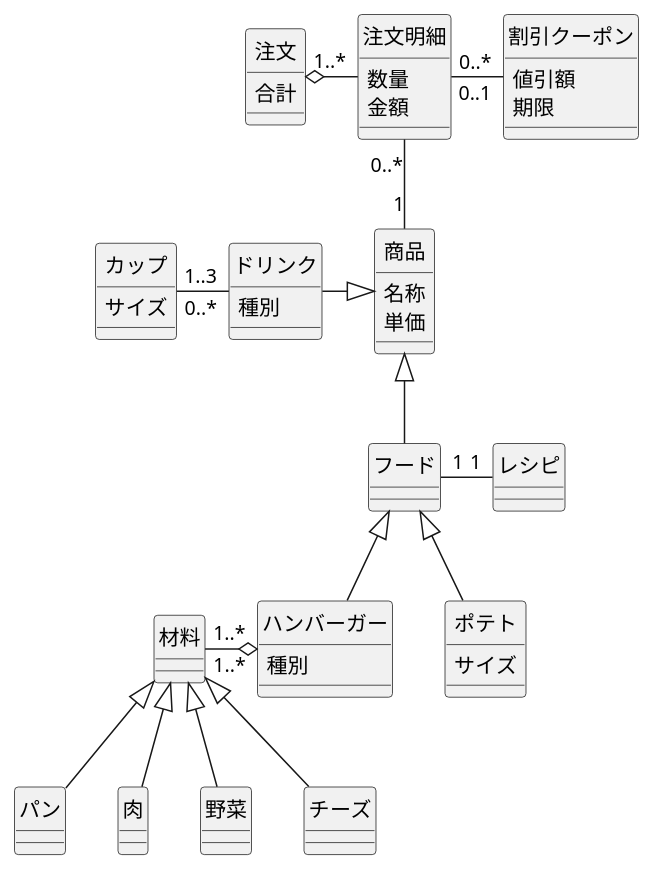
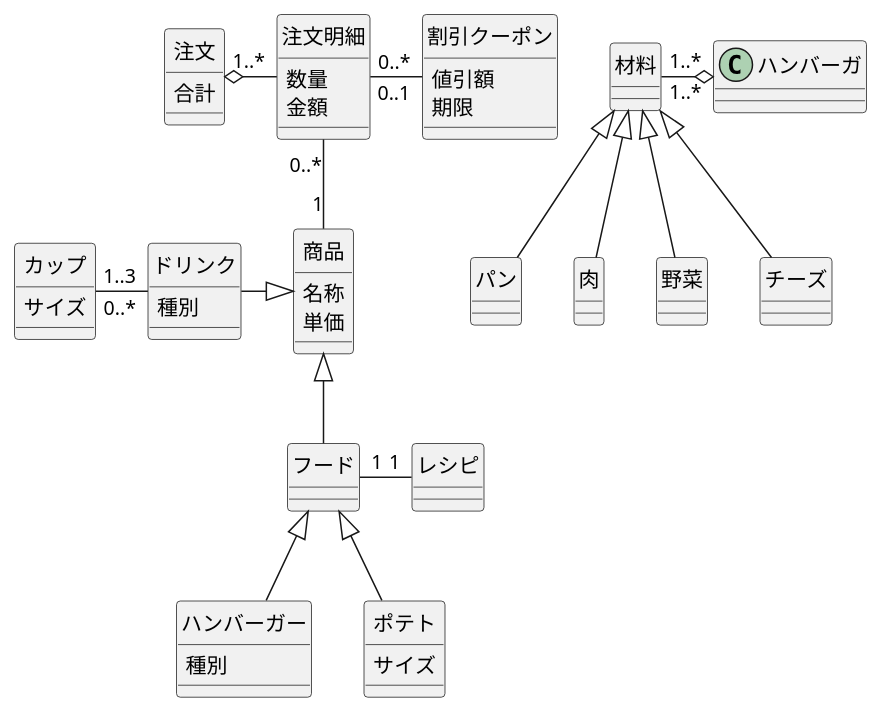
Before and after one commit to Tomok1w/uml-introduction: the diagram in 演習7-4-1_CL_ハンバーガーショップ.pu, drawn with PlantUML.

```diff
--- a/演習7-4-1_CL_ハンバーガーショップ.pu
+++ b/演習7-4-1_CL_ハンバーガーショップ.pu
@@ -1,86 +1,86 @@
 @startuml 演習７－４－１
 
 class 注文 {
     合計
 }
 class 注文明細 {
     数量
     金額
 }
 class 割引クーポン {
     値引額
     期限
 }
 class 商品 {
     名称
     単価
 }
 class カップ {
     サイズ
 }
 class ドリンク {
     種別
 }
 class フード {
     
 }
 class レシピ {
 
 }
 class 材料 {
     
 }
 class ハンバーガー {
     種別
     
 }
 class ポテト {
     サイズ
 }
 class パン {
 
 }
 class 肉 {
 
 }
 class 野菜 {
 
 }
 class チーズ {
 
 }
 
 注文 "1..*" o-right- 注文明細
 割引クーポン "0..1" -left- "0..*" 注文明細 
 注文明細 "0..*" -down- "1" 商品
 ドリンク -right-|> 商品
 カップ "1..3" -right- "0..*" ドリンク
 商品 <|-down- フード
 レシピ "1" -left- "1" フード
 フード <|-down- ハンバーガー
 フード <|-down- ポテト
-材料 "1..*" -right-o "1..*" ハンバーガー
+材料 "1..*" -right-o "1..*" ハンバーガ
 材料 <|-down- パン
 材料 <|-down- 肉
 材料 <|-down- 野菜
 材料 <|-down- チーズ
 
 hide 注文 circle
 hide 注文明細 circle
 hide 割引クーポン circle
 hide 商品 circle
 hide カップ circle
 hide ドリンク circle
 hide フード circle
 hide レシピ circle
 hide 材料 circle
 hide ハンバーガー circle
 hide ポテト circle
 hide パン circle
 hide 肉 circle
 hide 野菜 circle
 hide チーズ circle
  
 
 
 @enduml
```
